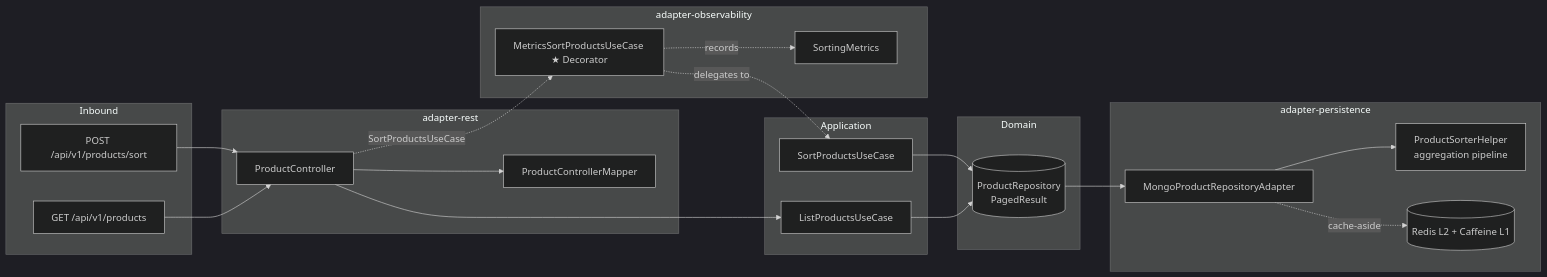
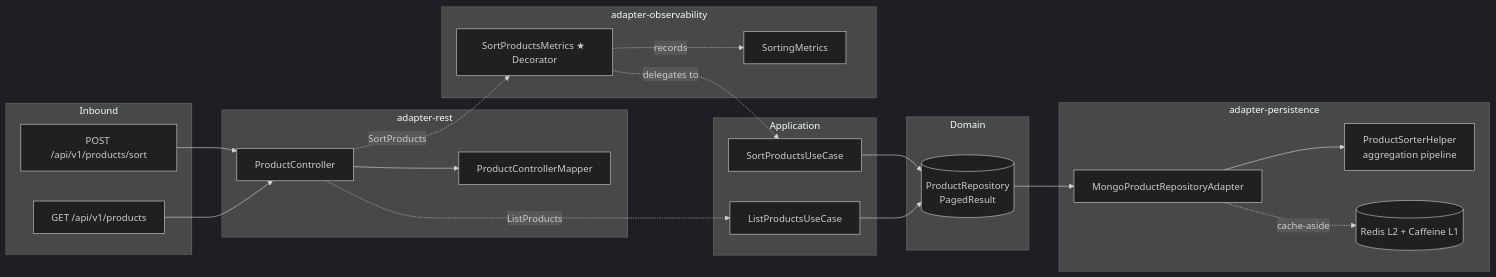
Before and after one commit to JuanPabloJimenezEsclusa/product-sorter: the third of 3 diagrams in README.md, drawn with Mermaid (dark theme). The commit also changed other lines of this file and 30 other files, not shown here.

````diff
--- a/README.md
+++ b/README.md
@@ -214,36 +214,36 @@
 ```mermaid
 flowchart LR
     subgraph Inbound
         POST["POST /api/v1/products/sort"]
         GET["GET /api/v1/products"]
     end
     subgraph adapter-rest
         C[ProductController]
         M[ProductControllerMapper]
     end
     subgraph Application
         SUC[SortProductsUseCase]
         LUC[ListProductsUseCase]
     end
     subgraph Domain
         REPO[(ProductRepository<br/>PagedResult)]
     end
     subgraph adapter-persistence
         HLP[ProductSorterHelper<br/>aggregation pipeline]
         ADPT[MongoProductRepositoryAdapter]
         CACHE[("Redis L2 + Caffeine L1")]
     end
     subgraph adapter-observability
-        MM[MetricsSortProductsUseCase ★ Decorator]
+        MM[SortProductsMetrics ★ Decorator]
         SM[SortingMetrics]
     end
 
     POST & GET --> C --> M
-    C -.->|SortProductsUseCase| MM
-    C --> LUC
+    C -.->|SortProducts| MM
+    C -.->|ListProducts| LUC
     MM -.->|delegates to| SUC --> REPO
     LUC --> REPO
     REPO --> ADPT --> HLP
     ADPT -.->|cache-aside| CACHE
     MM -.->|records| SM
 ```
````
